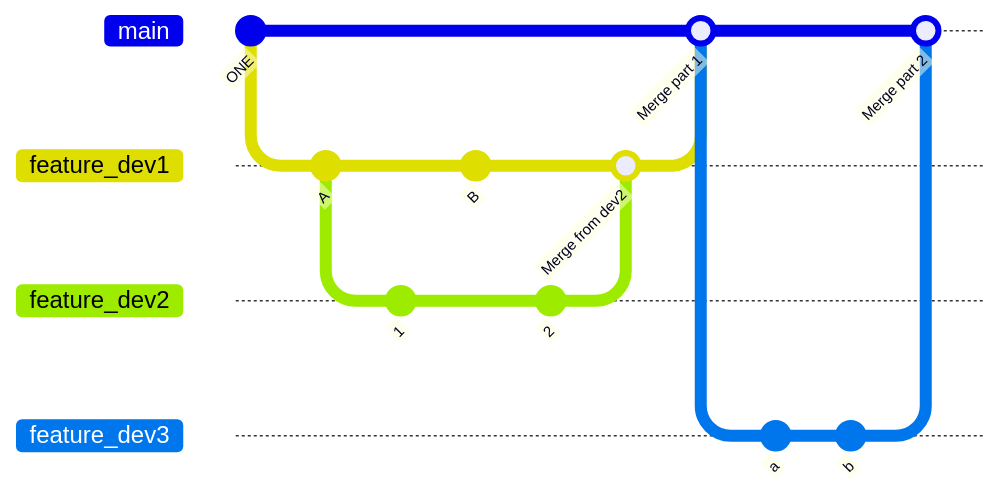
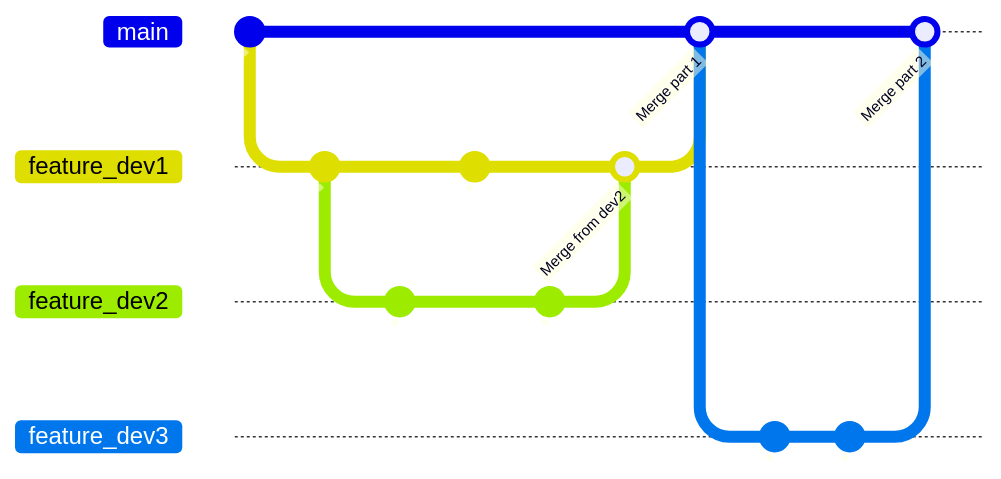
One commit to louisrubet/simplest-git-branching-model changed the third of 5 diagrams in README.md. Above: the diagram before and after it, drawn with Mermaid. The commit also changed other lines of this file, not shown here.

````diff
--- a/README.md
+++ b/README.md
@@ -76,23 +76,23 @@
 ```mermaid
 gitGraph
-    commit id: "ONE"
+    commit id: " "
     branch feature_dev1
     checkout main
     checkout feature_dev1
-    commit id:"A"
+    commit id:"  "
     branch feature_dev2
-    commit id:"1"
+    commit id:"    "
     checkout feature_dev1
-    commit id:"B"
+    commit id:"     "
     checkout feature_dev2
-    commit id:"2"
+    commit id:"      "
     checkout feature_dev1
     merge feature_dev2 id: "Merge from dev2"
     checkout main
     merge feature_dev1 id:"Merge part 1"
     branch feature_dev3
-    commit id: "a"
-    commit id: "b"
+    commit id: "       "
+    commit id: "        "
     checkout main
     merge feature_dev3 id: "Merge part 2"
 ```
````
